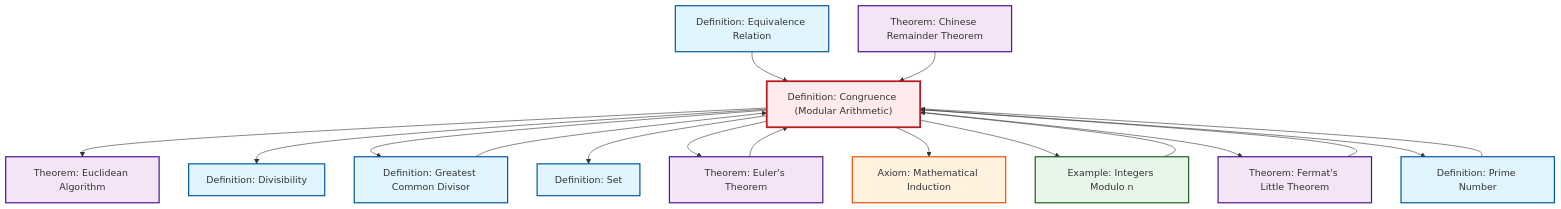
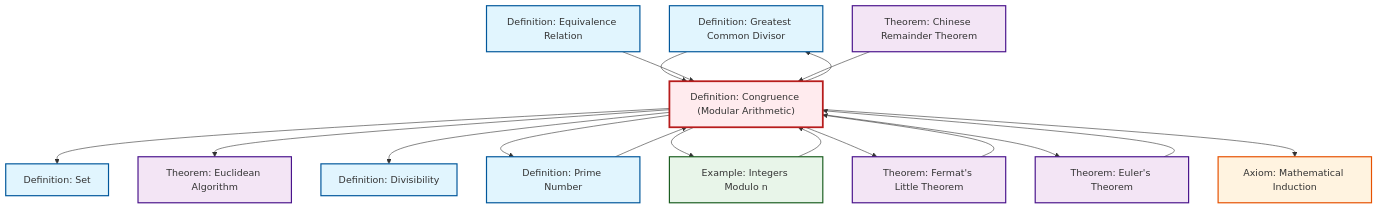
One commit to RK0429/ModernMath changed the diagram in content/en/number-theory/def-congruence.qmd. Above: the diagram before and after it, drawn with Mermaid. The commit also changed other lines of this file and 1012 other files, not shown here.

````diff
--- a/content/en/number-theory/def-congruence.qmd
+++ b/content/en/number-theory/def-congruence.qmd
@@ -123,49 +123,49 @@
 ```{mermaid}
 %%| fig-cap: "Local dependency graph"
 graph TD
     classDef definition fill:#e1f5fe,stroke:#01579b,stroke-width:2px
     classDef theorem fill:#f3e5f5,stroke:#4a148c,stroke-width:2px
     classDef axiom fill:#fff3e0,stroke:#e65100,stroke-width:2px
     classDef example fill:#e8f5e9,stroke:#1b5e20,stroke-width:2px
     classDef current fill:#ffebee,stroke:#b71c1c,stroke-width:3px
+    def-gcd["Definition: Greatest Common Divisor"]:::definition
     def-congruence["Definition: Congruence (Modular Arithmetic)"]:::definition
+    thm-euler["Theorem: Euler's Theorem"]:::theorem
+    thm-chinese-remainder["Theorem: Chinese Remainder Theorem"]:::theorem
+    ax-induction["Axiom: Mathematical Induction"]:::axiom
     def-divisibility["Definition: Divisibility"]:::definition
     def-set["Definition: Set"]:::definition
-    ax-induction["Axiom: Mathematical Induction"]:::axiom
     thm-euclidean-algorithm["Theorem: Euclidean Algorithm"]:::theorem
-    thm-euler["Theorem: Euler's Theorem"]:::theorem
-    thm-chinese-remainder["Theorem: Chinese Remainder Theorem"]:::theorem
     thm-fermat-little["Theorem: Fermat's Little Theorem"]:::theorem
-    def-gcd["Definition: Greatest Common Divisor"]:::definition
+    def-equivalence-relation["Definition: Equivalence Relation"]:::definition
+    def-prime["Definition: Prime Number"]:::definition
     ex-quotient-integers-mod-n["Example: Integers Modulo n"]:::example
-    def-prime["Definition: Prime Number"]:::definition
-    def-equivalence-relation["Definition: Equivalence Relation"]:::definition
     thm-euler --> def-congruence
+    def-congruence --> def-set
+    ex-quotient-integers-mod-n --> def-congruence
+    def-gcd --> def-congruence
+    def-prime --> def-congruence
     def-congruence --> thm-euclidean-algorithm
-    def-equivalence-relation --> def-congruence
-    ex-quotient-integers-mod-n --> def-congruence
     def-congruence --> def-divisibility
     def-congruence --> def-gcd
-    def-congruence --> def-set
-    def-prime --> def-congruence
+    def-congruence --> def-prime
+    def-congruence --> ex-quotient-integers-mod-n
+    def-equivalence-relation --> def-congruence
+    def-congruence --> thm-fermat-little
     def-congruence --> thm-euler
     thm-chinese-remainder --> def-congruence
     def-congruence --> ax-induction
-    def-congruence --> ex-quotient-integers-mod-n
-    def-gcd --> def-congruence
-    def-congruence --> thm-fermat-little
     thm-fermat-little --> def-congruence
-    def-congruence --> def-prime
     class def-congruence current
+    click def-gcd "def-gcd.html" "Go to Greatest Common Divisor definition"
+    click thm-euler "thm-euler.html" "Go to Euler's Theorem theorem"
+    click thm-chinese-remainder "thm-chinese-remainder.html" "Go to Chinese Remainder Theorem theorem"
+    click ax-induction "ax-induction.html" "Go to Mathematical Induction axiom"
     click def-divisibility "def-divisibility.html" "Go to Divisibility definition"
     click def-set "def-set.html" "Go to Set definition"
-    click ax-induction "ax-induction.html" "Go to Mathematical Induction axiom"
     click thm-euclidean-algorithm "thm-euclidean-algorithm.html" "Go to Euclidean Algorithm theorem"
-    click thm-euler "thm-euler.html" "Go to Euler's Theorem theorem"
-    click thm-chinese-remainder "thm-chinese-remainder.html" "Go to Chinese Remainder Theorem theorem"
     click thm-fermat-little "thm-fermat-little.html" "Go to Fermat's Little Theorem theorem"
-    click def-gcd "def-gcd.html" "Go to Greatest Common Divisor definition"
+    click def-equivalence-relation "def-equivalence-relation.html" "Go to Equivalence Relation definition"
+    click def-prime "def-prime.html" "Go to Prime Number definition"
     click ex-quotient-integers-mod-n "ex-quotient-integers-mod-n.html" "Go to Integers Modulo n example"
-    click def-prime "def-prime.html" "Go to Prime Number definition"
-    click def-equivalence-relation "def-equivalence-relation.html" "Go to Equivalence Relation definition"
 ```
````
